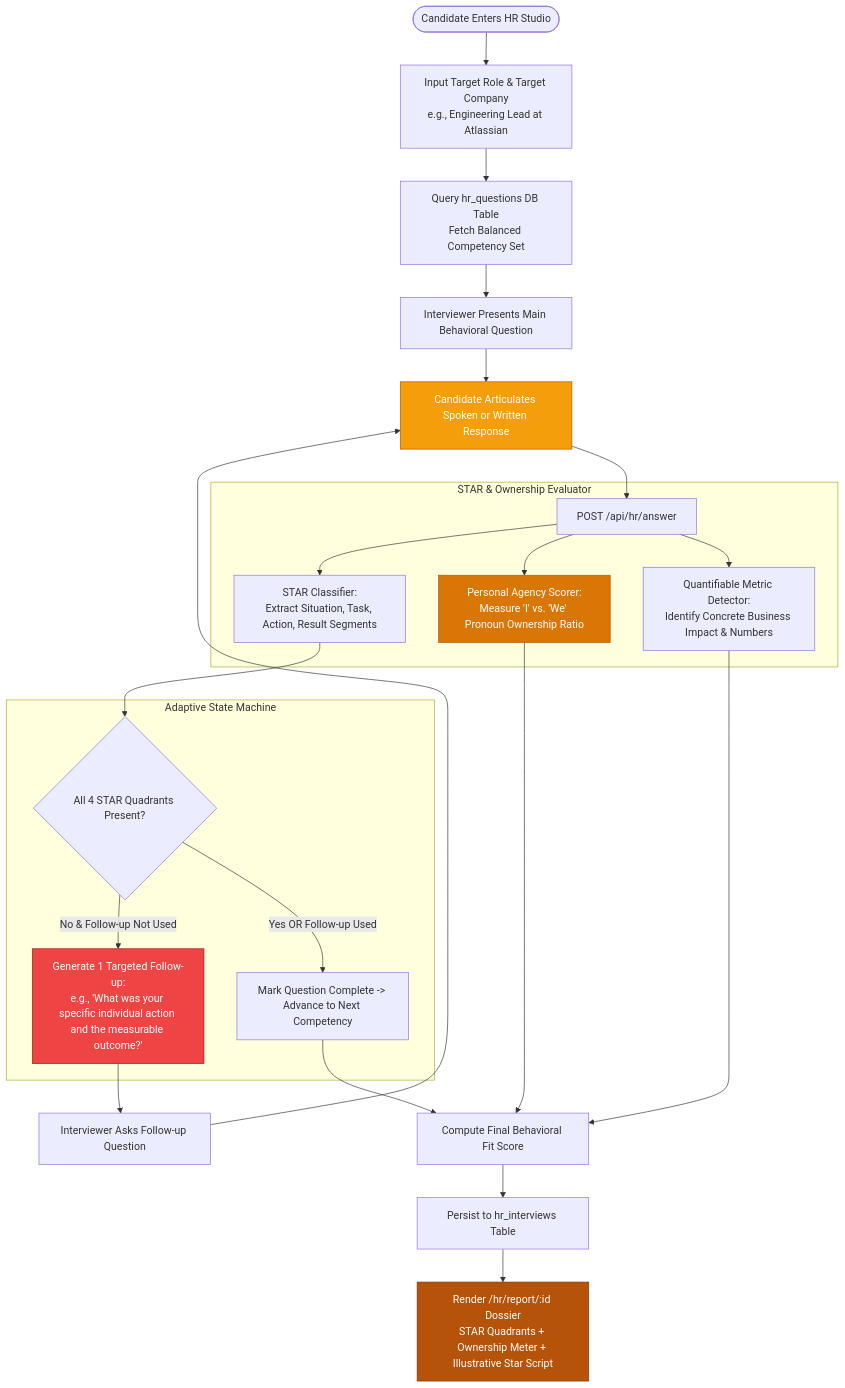
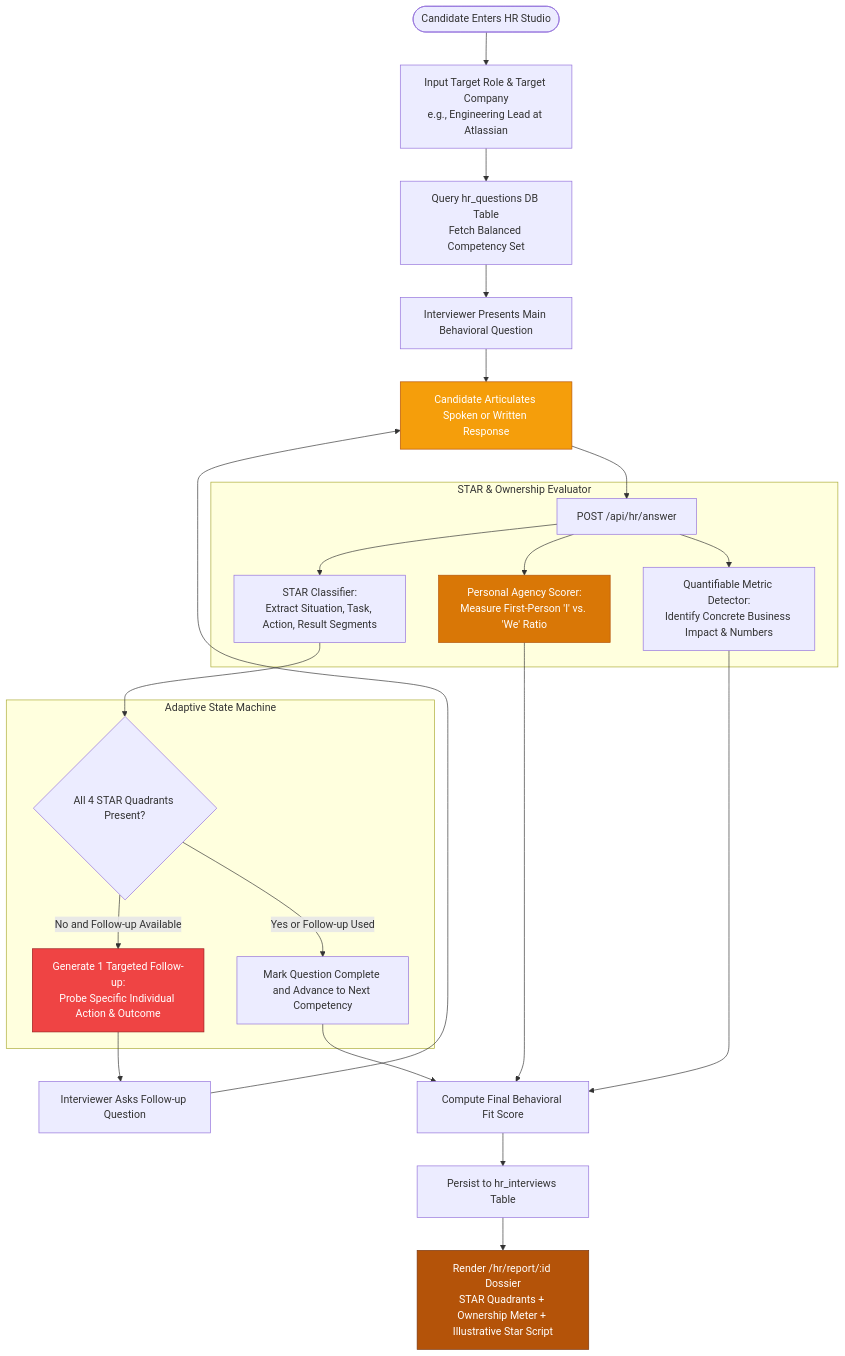
One commit to Sohailsadeed/campusrecruitment-communication-agent changed the sixth of 11 diagrams in Approach.md. Above: the diagram before and after it, drawn with Mermaid. The commit also changed other lines of this file, not shown here.

Commit message:
fix(docs): resolve GitHub Mermaid parsing errors by quoting subgraph IDs and labels

````diff
--- a/Approach.md
+++ b/Approach.md
@@ -371,35 +371,35 @@
 ```mermaid
 flowchart TD
-    Start([Candidate Enters HR Studio]) --> TargetProfile[Input Target Role & Target Company\ne.g., Engineering Lead at Atlassian]
-    TargetProfile --> QueryDB[Query hr_questions DB Table\nFetch Balanced Competency Set]
-    QueryDB --> AskMainQ[Interviewer Presents Main Behavioral Question]
-    AskMainQ --> CandidateAnswer[Candidate Articulates Spoken or Written Response]
-    CandidateAnswer --> Ingest[POST /api/hr/answer]
+    Start(["Candidate Enters HR Studio"]) --> TargetProfile["Input Target Role & Target Company<br/>e.g., Engineering Lead at Atlassian"]
+    TargetProfile --> QueryDB["Query hr_questions DB Table<br/>Fetch Balanced Competency Set"]
+    QueryDB --> AskMainQ["Interviewer Presents Main Behavioral Question"]
+    AskMainQ --> CandidateAnswer["Candidate Articulates Spoken or Written Response"]
+    CandidateAnswer --> Ingest["POST /api/hr/answer"]
 
-    subgraph STAR & Ownership Evaluator
-        Ingest --> ClassifySTAR[STAR Classifier:\nExtract Situation, Task, Action, Result Segments]
-        Ingest --> AgencyScorer[Personal Agency Scorer:\nMeasure 'I' vs. 'We' Pronoun Ownership Ratio]
-        Ingest --> MetricDetect[Quantifiable Metric Detector:\nIdentify Concrete Business Impact & Numbers]
+    subgraph STAREval ["STAR & Ownership Evaluator"]
+        Ingest --> ClassifySTAR["STAR Classifier:<br/>Extract Situation, Task, Action, Result Segments"]
+        Ingest --> AgencyScorer["Personal Agency Scorer:<br/>Measure First-Person 'I' vs. 'We' Ratio"]
+        Ingest --> MetricDetect["Quantifiable Metric Detector:<br/>Identify Concrete Business Impact & Numbers"]
     end
 
-    subgraph Adaptive State Machine
-        ClassifySTAR --> CompletenessCheck{All 4 STAR Quadrants Present?}
-        CompletenessCheck -->|No & Follow-up Not Used| TriggerFollowUp[Generate 1 Targeted Follow-up:\ne.g., 'What was your specific individual action and the measurable outcome?']
-        CompletenessCheck -->|Yes OR Follow-up Used| ConcludeStage[Mark Question Complete -> Advance to Next Competency]
+    subgraph StateMachine ["Adaptive State Machine"]
+        ClassifySTAR --> CompletenessCheck{"All 4 STAR Quadrants Present?"}
+        CompletenessCheck -->|No and Follow-up Available| TriggerFollowUp["Generate 1 Targeted Follow-up:<br/>Probe Specific Individual Action & Outcome"]
+        CompletenessCheck -->|Yes or Follow-up Used| ConcludeStage["Mark Question Complete and Advance to Next Competency"]
     end
 
-    TriggerFollowUp --> AskFollowUp[Interviewer Asks Follow-up Question]
+    TriggerFollowUp --> AskFollowUp["Interviewer Asks Follow-up Question"]
     AskFollowUp --> CandidateAnswer
 
-    ConcludeStage --> Aggregate[Compute Final Behavioral Fit Score]
+    ConcludeStage --> Aggregate["Compute Final Behavioral Fit Score"]
     AgencyScorer --> Aggregate
     MetricDetect --> Aggregate
 
-    Aggregate --> SaveDB[Persist to hr_interviews Table]
-    SaveDB --> Dossier[Render /hr/report/:id Dossier\nSTAR Quadrants + Ownership Meter + Illustrative Star Script]
+    Aggregate --> SaveDB["Persist to hr_interviews Table"]
+    SaveDB --> Dossier["Render /hr/report/:id Dossier<br/>STAR Quadrants + Ownership Meter + Illustrative Star Script"]
 
     style CandidateAnswer fill:#f59e0b,stroke:#b45309,color:#fff
     style AgencyScorer fill:#d97706,stroke:#b45309,color:#fff
     style TriggerFollowUp fill:#ef4444,stroke:#991b1b,color:#fff
     style Dossier fill:#b45309,stroke:#78350f,color:#fff
 ```
````
